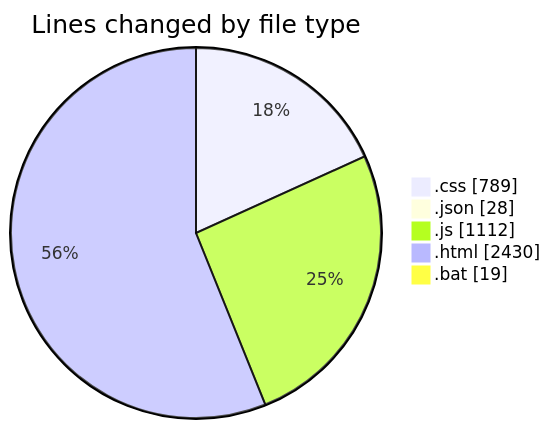
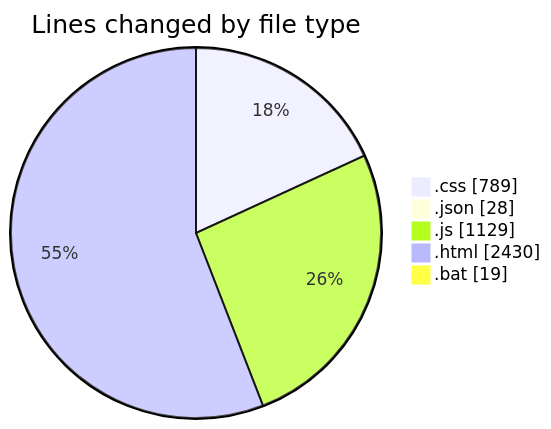
Before and after one commit to becaeroporto-bot/code-tracking: the first of 2 diagrams in 2026-02-18/bot_v1_2/README.md, drawn with Mermaid. The commit also changed other lines of this file and 1 other file, not shown here.

````diff
--- a/2026-02-18/bot_v1_2/README.md
+++ b/2026-02-18/bot_v1_2/README.md
@@ -28,9 +28,9 @@
 ```mermaid
 pie showData
 title Lines changed by file type
 ".css" : 789
 ".json" : 28
-".js" : 1112
+".js" : 1129
 ".html" : 2430
 ".bat" : 19
 ```
````
